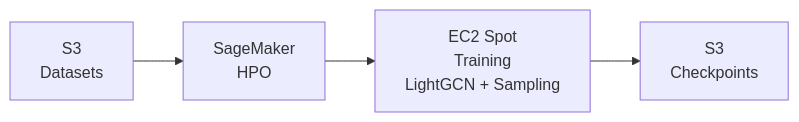
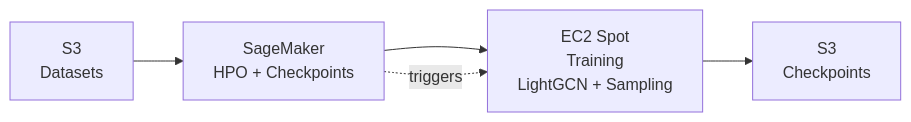
Before and after one commit to ehyecha/long-tail-gnn-recsys: the diagram in README.md, drawn with Mermaid.

````diff
--- a/README.md
+++ b/README.md
@@ -40,6 +40,9 @@
 ```mermaid
 flowchart LR
-    S3_Data["S3<br/>Datasets"] --> SageMaker["SageMaker<br/>HPO"]
+    S3_Data["S3<br/>Datasets"] --> SageMaker["SageMaker<br/>HPO + Checkpoints"]
     SageMaker --> EC2["EC2 Spot<br/>Training<br/>LightGCN + Sampling"]
     EC2 --> S3_Model["S3<br/>Checkpoints"]
+
+    %% 옵션으로 SageMaker가 EC2에서 학습을 트리거한다는 점 표시
+    SageMaker -. triggers .-> EC2
 ```
````
